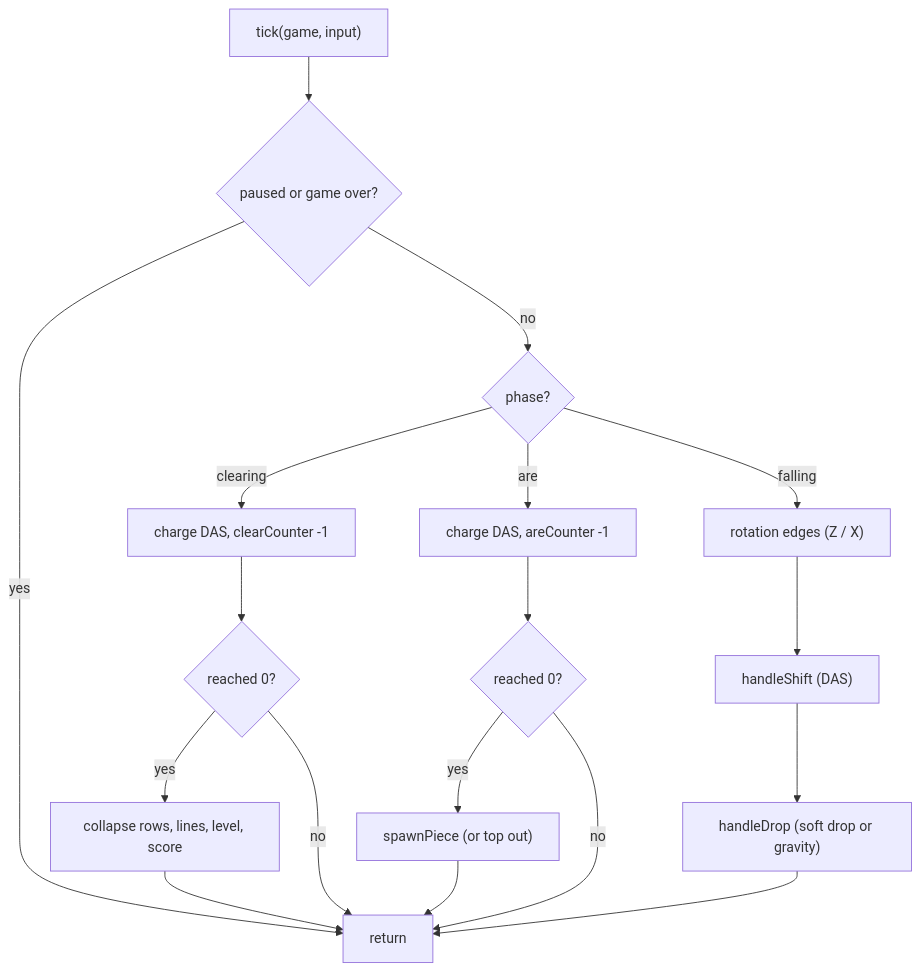
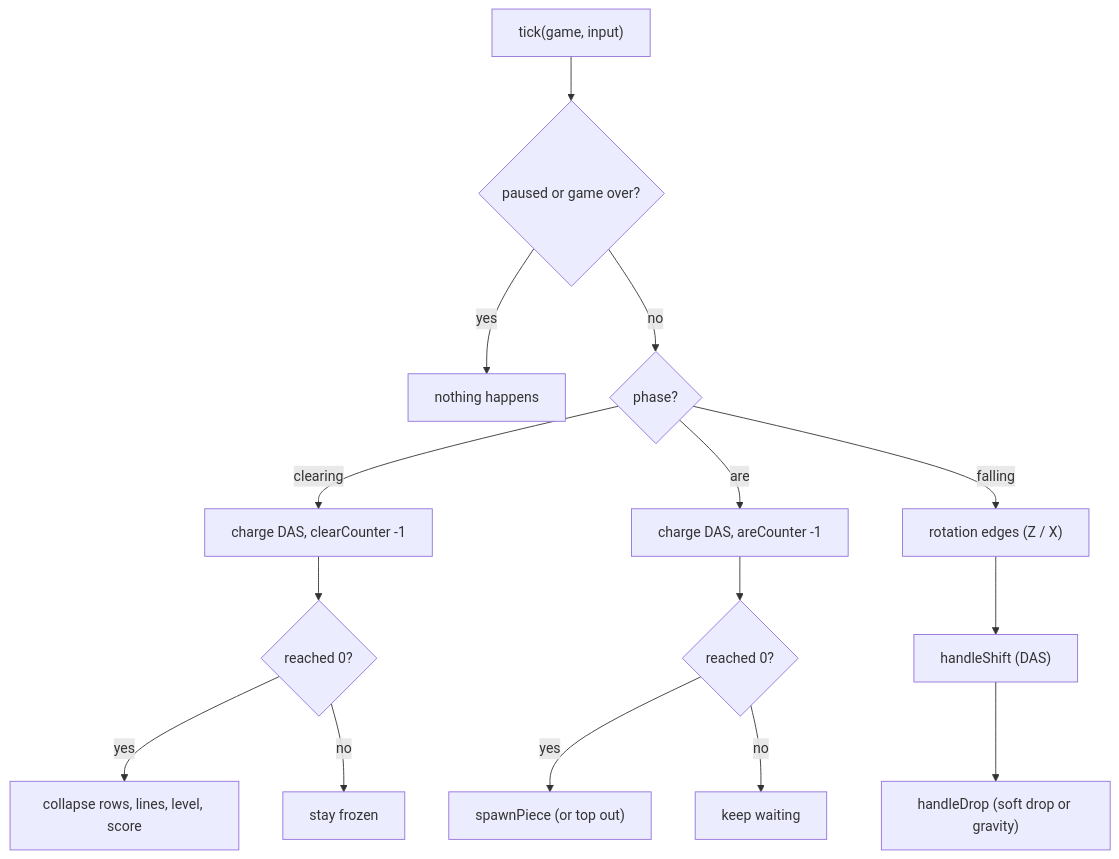
The third of 4 diagrams in docs/architecture.md (DSLaboratory/tetris), drawn with Mermaid before and after one commit. The commit also changed other lines of this file and 1 other file, not shown here.

Commit message:
docs: untangle the tick flowchart, add the shell loop sequence diagram, render mode for the diagram checker

````diff
--- a/docs/architecture.md
+++ b/docs/architecture.md
@@ -105,13 +105,13 @@
 ```mermaid
 flowchart TD
   T["tick(game, input)"] --> P{paused or game over?}
-  P -- yes --> E[return]
+  P -- yes --> SKIP["nothing happens"]
   P -- no --> PH{phase?}
   PH -- clearing --> C["charge DAS, clearCounter -1"] --> CQ{reached 0?}
-  CQ -- yes --> FC["collapse rows, lines, level, score"] --> E
-  CQ -- no --> E
+  CQ -- yes --> FC["collapse rows, lines, level, score"]
+  CQ -- no --> CW["stay frozen"]
   PH -- are --> A["charge DAS, areCounter -1"] --> AQ{reached 0?}
-  AQ -- yes --> SP["spawnPiece (or top out)"] --> E
-  AQ -- no --> E
-  PH -- falling --> R["rotation edges (Z / X)"] --> S["handleShift (DAS)"] --> D["handleDrop (soft drop or gravity)"] --> E
+  AQ -- yes --> SP["spawnPiece (or top out)"]
+  AQ -- no --> AW["keep waiting"]
+  PH -- falling --> R["rotation edges (Z / X)"] --> S["handleShift (DAS)"] --> D["handleDrop (soft drop or gravity)"]
 ```
````
